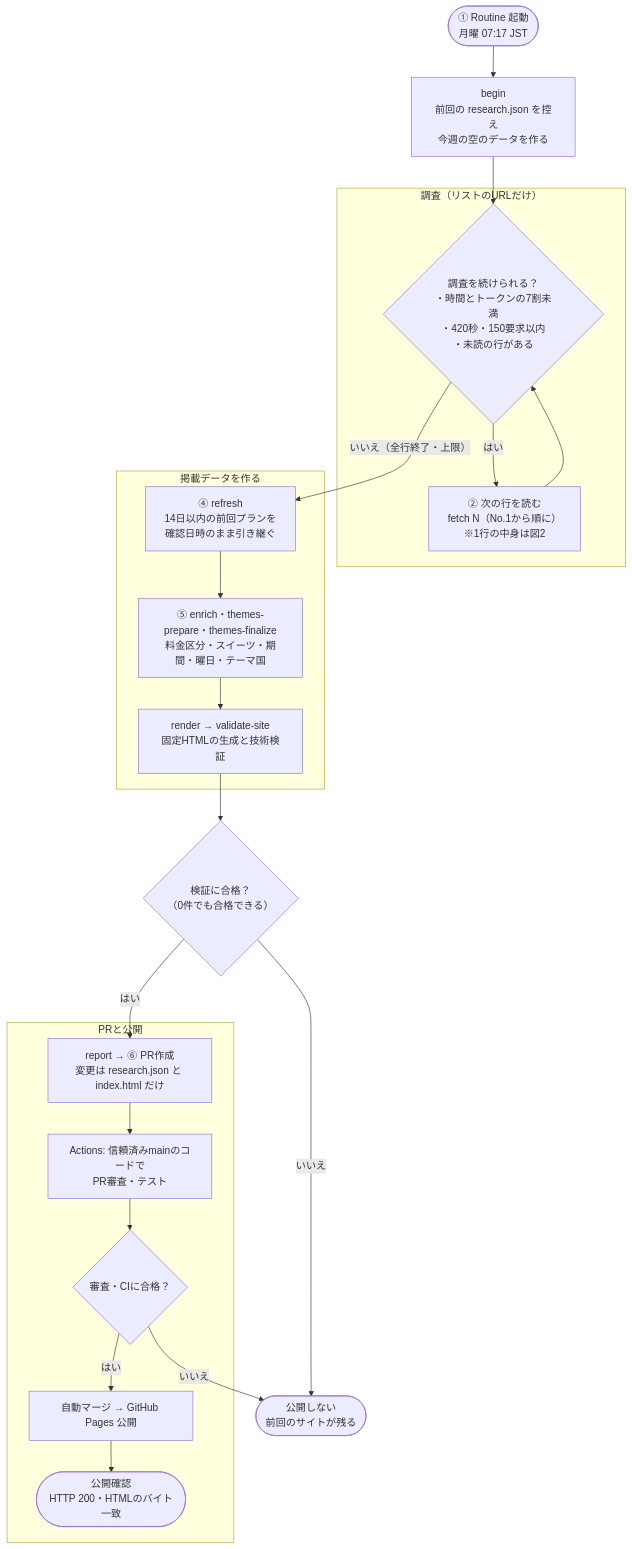
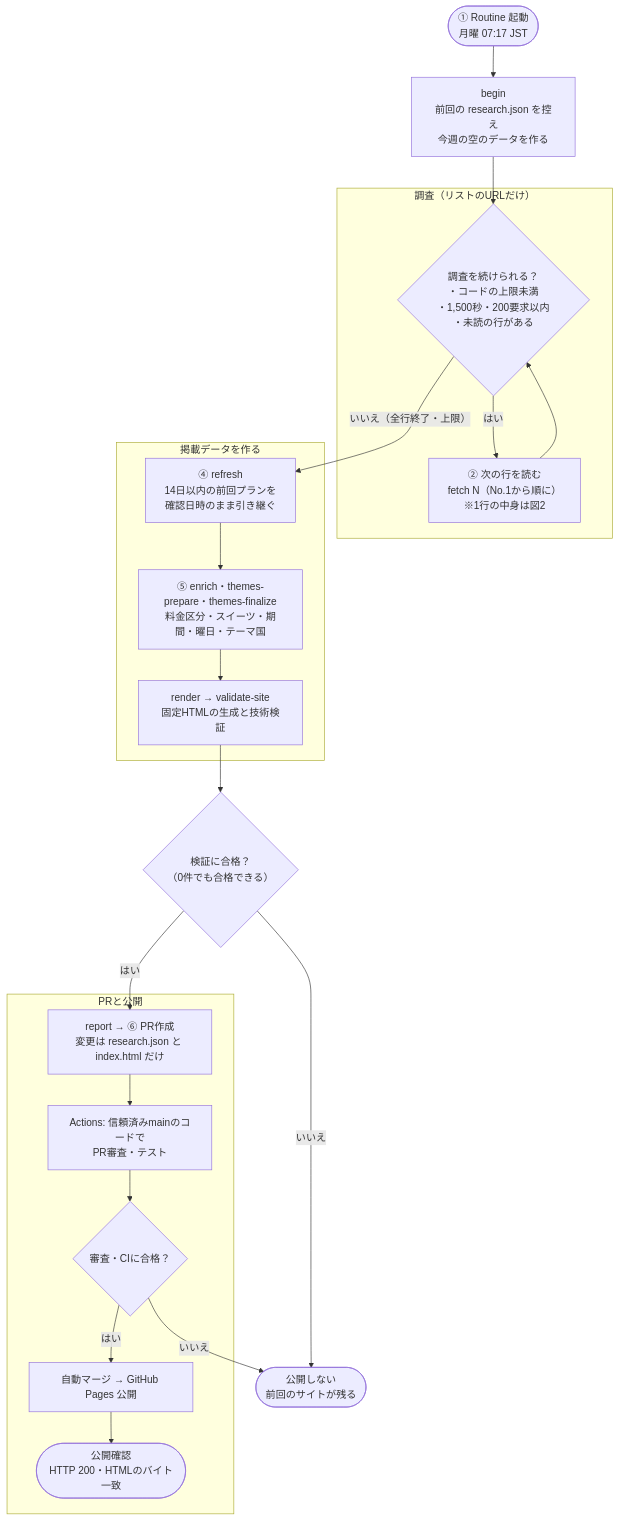
One commit to tsubasa0518/afternoon-tea changed the first of 4 diagrams in README.md. Above: the diagram before and after it, drawn with Mermaid. The commit also changed other lines of this file and 13 other files, not shown here.

````diff
--- a/README.md
+++ b/README.md
@@ -114,37 +114,37 @@
 ```mermaid
 flowchart TD
     A(["① Routine 起動<br/>月曜 07:17 JST"]) --> B["begin<br/>前回の research.json を控え<br/>今週の空のデータを作る"]
 
     subgraph S1["調査（リストのURLだけ）"]
-        C{"調査を続けられる？<br/>・時間とトークンの7割未満<br/>・420秒・150要求以内<br/>・未読の行がある"}
+        C{"調査を続けられる？<br/>・コードの上限未満<br/>・1,500秒・200要求以内<br/>・未読の行がある"}
         D["② 次の行を読む<br/>fetch N（No.1から順に）<br/>※1行の中身は図2"]
         C -- はい --> D
         D --> C
     end
 
     B --> C
     C -- "いいえ（全行終了・上限）" --> E
 
     subgraph S2["掲載データを作る"]
         E["④ refresh<br/>14日以内の前回プランを<br/>確認日時のまま引き継ぐ"]
         F["⑤ enrich・themes-prepare・themes-finalize<br/>料金区分・スイーツ・期間・曜日・テーマ国"]
         G["render → validate-site<br/>固定HTMLの生成と技術検証"]
         E --> F --> G
     end
 
     G --> H{"検証に合格？<br/>（0件でも合格できる）"}
     H -- いいえ --> X(["公開しない<br/>前回のサイトが残る"])
     H -- はい --> I
 
     subgraph S3["PRと公開"]
         I["report → ⑥ PR作成<br/>変更は research.json と index.html だけ"]
         J["Actions: 信頼済みmainのコードで<br/>PR審査・テスト"]
         K{"審査・CIに合格？"}
         L["自動マージ → GitHub Pages 公開"]
         M(["公開確認<br/>HTTP 200・HTMLのバイト一致"])
         I --> J --> K
         K -- はい --> L --> M
     end
 
     K -- いいえ --> X
 ```
````
